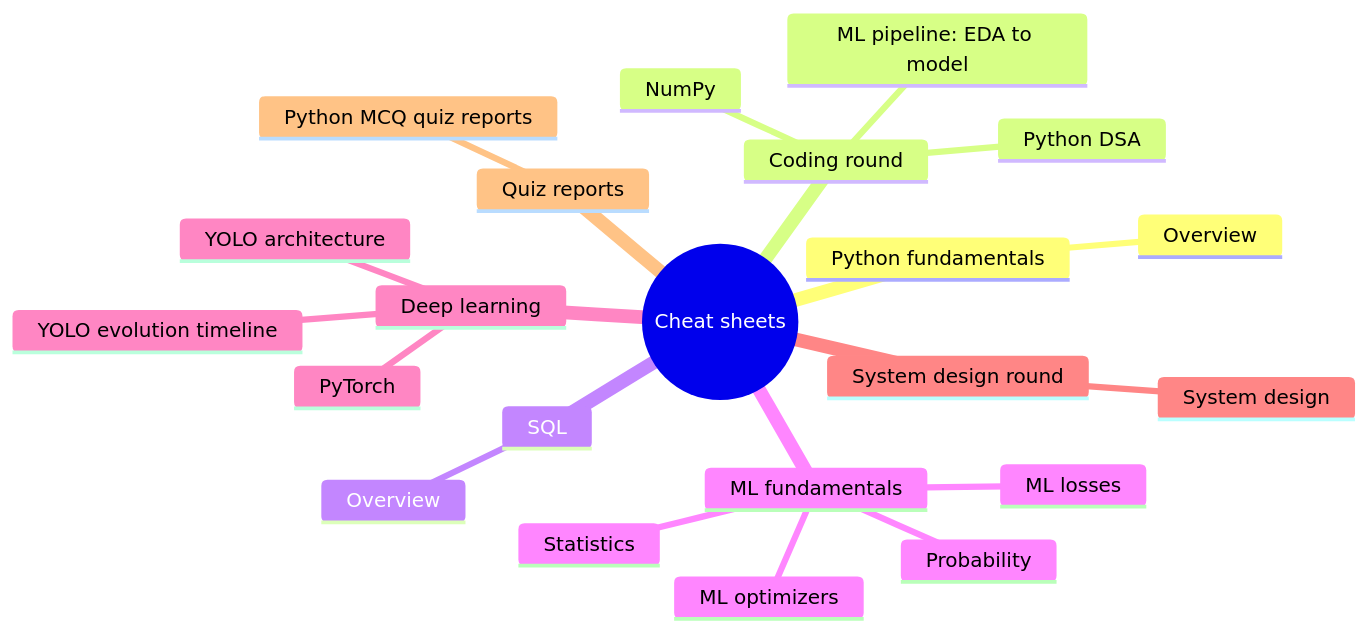
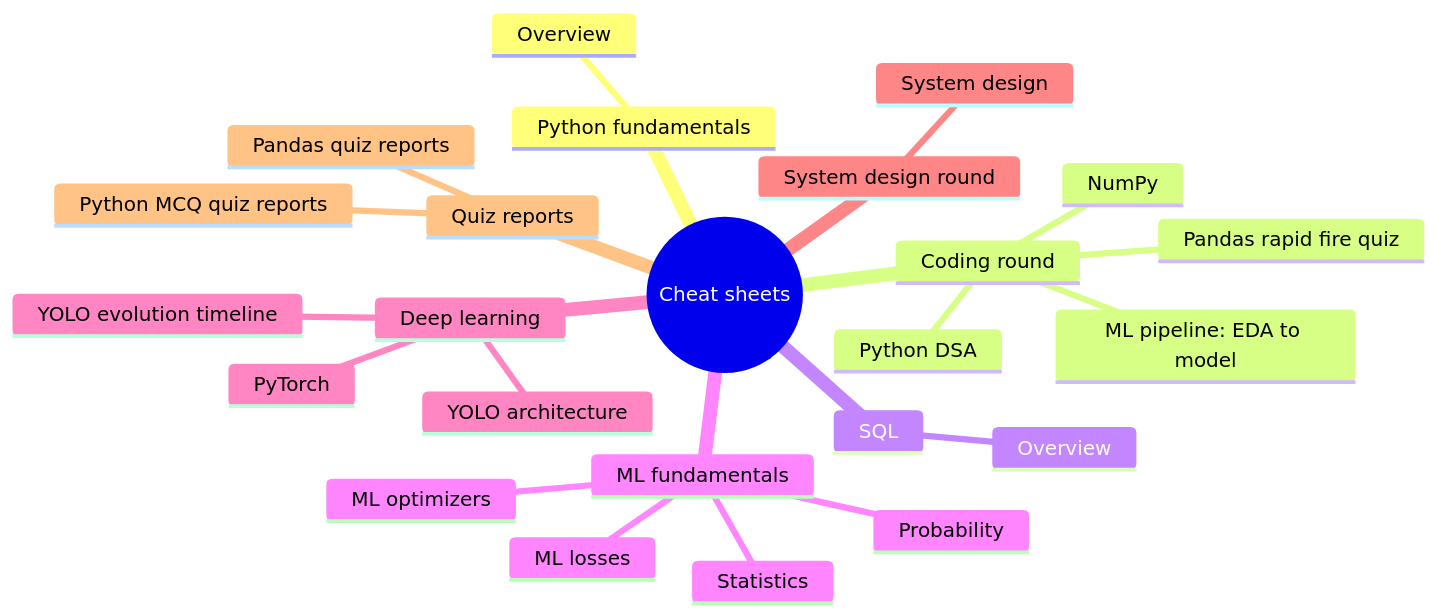
Before and after one commit to prateek-mehra/data-science-cheat-sheets: the diagram in README.md, drawn with Mermaid. The commit also changed other lines of this file and 6 other files, not shown here.

First line of the commit message:
Add Pandas Rapid Fire quiz with auto-saved reports (#13)

````diff
--- a/README.md
+++ b/README.md
@@ -18,25 +18,27 @@
 ```mermaid
 mindmap
   root((Cheat sheets))
     Python fundamentals
       Overview
     Coding round
       Python DSA
       NumPy
       ML pipeline: EDA to model
+      Pandas rapid fire quiz
     SQL
       Overview
     ML fundamentals
       Probability
       Statistics
       ML optimizers
       ML losses
     Deep learning
       PyTorch
       YOLO architecture
       YOLO evolution timeline
     System design round
       System design
     Quiz reports
       Python MCQ quiz reports
+      Pandas quiz reports
 ```
````
